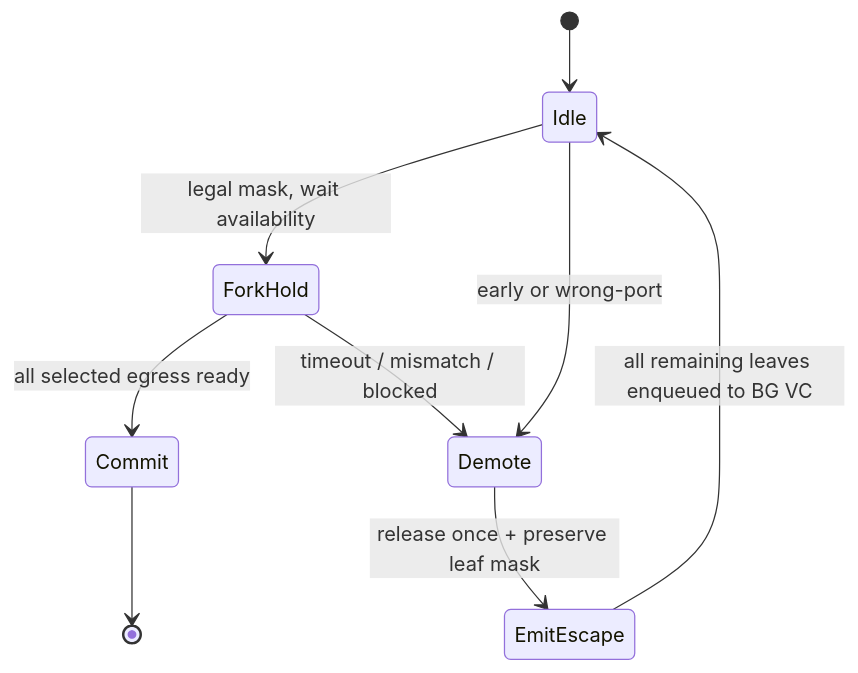
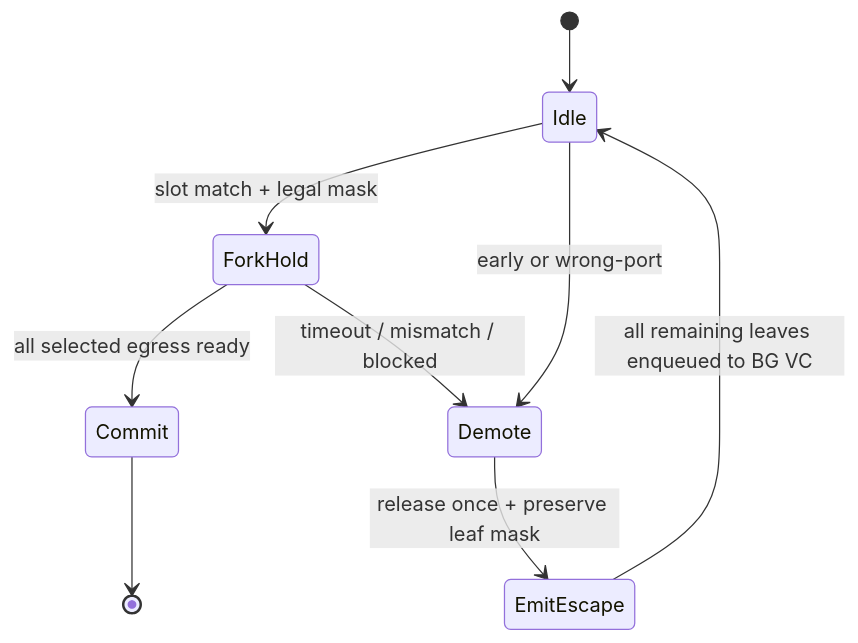
One commit to lukebest/booksim2 changed the fifth of 6 diagrams in docs/phase-3-uarch/uarch-diagram.md. Above: the diagram before and after it, drawn with Mermaid. The commit also changed other lines of this file and 30 other files, not shown here.

````diff
--- a/docs/phase-3-uarch/uarch-diagram.md
+++ b/docs/phase-3-uarch/uarch-diagram.md
@@ -73,11 +101,11 @@
 ```mermaid
 stateDiagram-v2
   [*] --> Idle
-  Idle --> ForkHold: legal mask, wait availability
+  Idle --> ForkHold: slot match + legal mask
   ForkHold --> Commit: all selected egress ready
   Commit --> [*]
   ForkHold --> Demote: timeout / mismatch / blocked
   Idle --> Demote: early or wrong-port
   Demote --> EmitEscape: release once + preserve leaf mask
   EmitEscape --> Idle: all remaining leaves enqueued to BG VC
 ```
````
